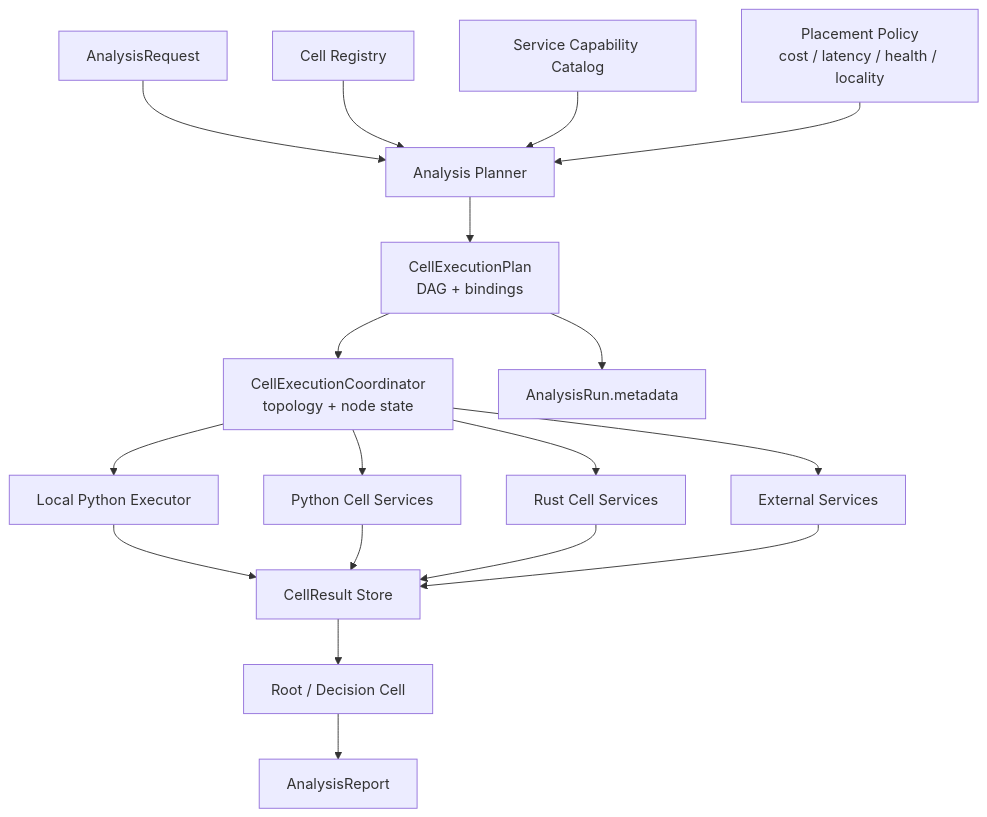
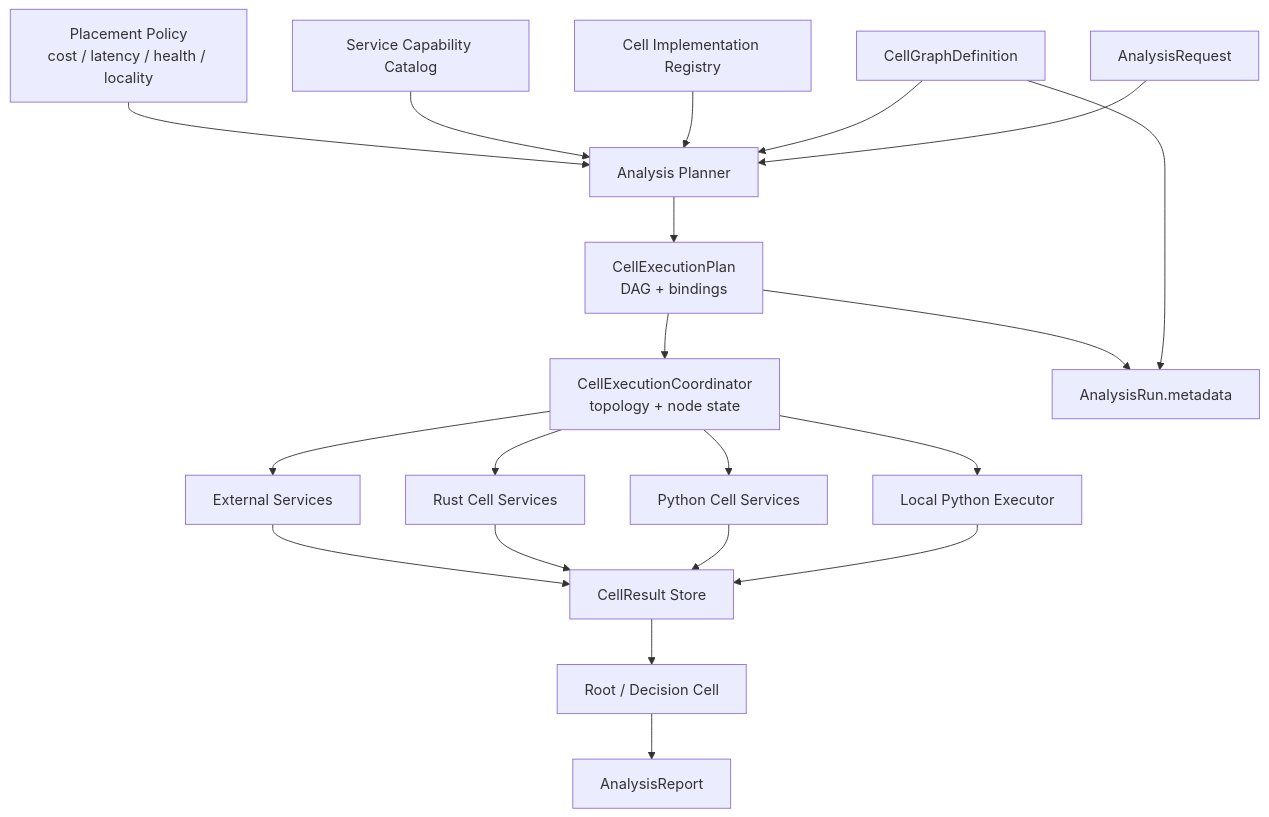
Before and after one commit to ModWU/market-cell: the first of 3 diagrams in docs/cell_execution_fabric.md, drawn with Mermaid. The commit also changed other lines of this file and 38 other files, not shown here.

Commit message:
Add versioned Cell graph definitions

````diff
--- a/docs/cell_execution_fabric.md
+++ b/docs/cell_execution_fabric.md
@@ -52,24 +53,26 @@
 ```mermaid
 flowchart TB
     Request["AnalysisRequest"] --> Planner["Analysis Planner"]
-    Registry["Cell Registry"] --> Planner
+    Graph["CellGraphDefinition"] --> Planner
+    Registry["Cell Implementation Registry"] --> Planner
     Catalog["Service Capability Catalog"] --> Planner
     Policy["Placement Policy<br/>cost / latency / health / locality"] --> Planner
 
     Planner --> Plan["CellExecutionPlan<br/>DAG + bindings"]
     Plan --> Coordinator["CellExecutionCoordinator<br/>topology + node state"]
 
     Coordinator --> Local["Local Python Executor"]
     Coordinator --> PySvc["Python Cell Services"]
     Coordinator --> RustSvc["Rust Cell Services"]
     Coordinator --> ExtSvc["External Services"]
 
     Local --> Results["CellResult Store"]
     PySvc --> Results
     RustSvc --> Results
     ExtSvc --> Results
 
     Results --> Root["Root / Decision Cell"]
     Root --> Report["AnalysisReport"]
+    Graph --> Run["AnalysisRun.metadata"]
     Plan --> Run["AnalysisRun.metadata"]
 ```
````
